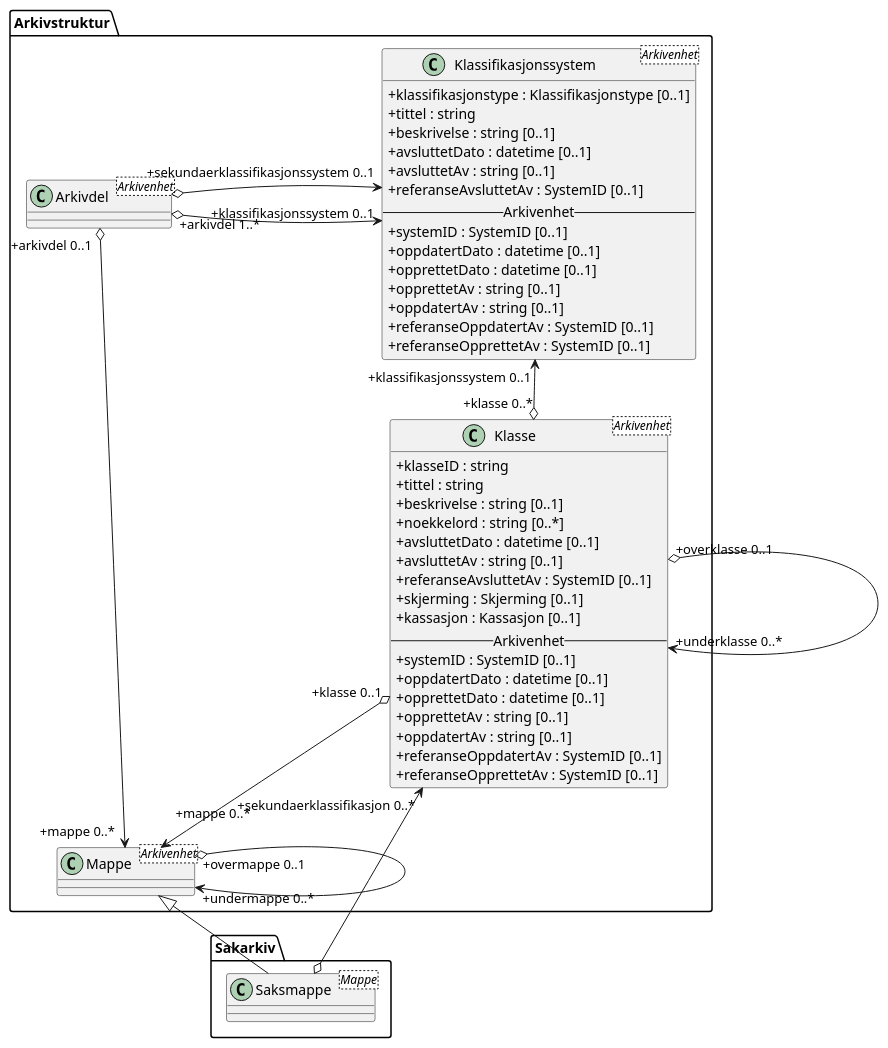
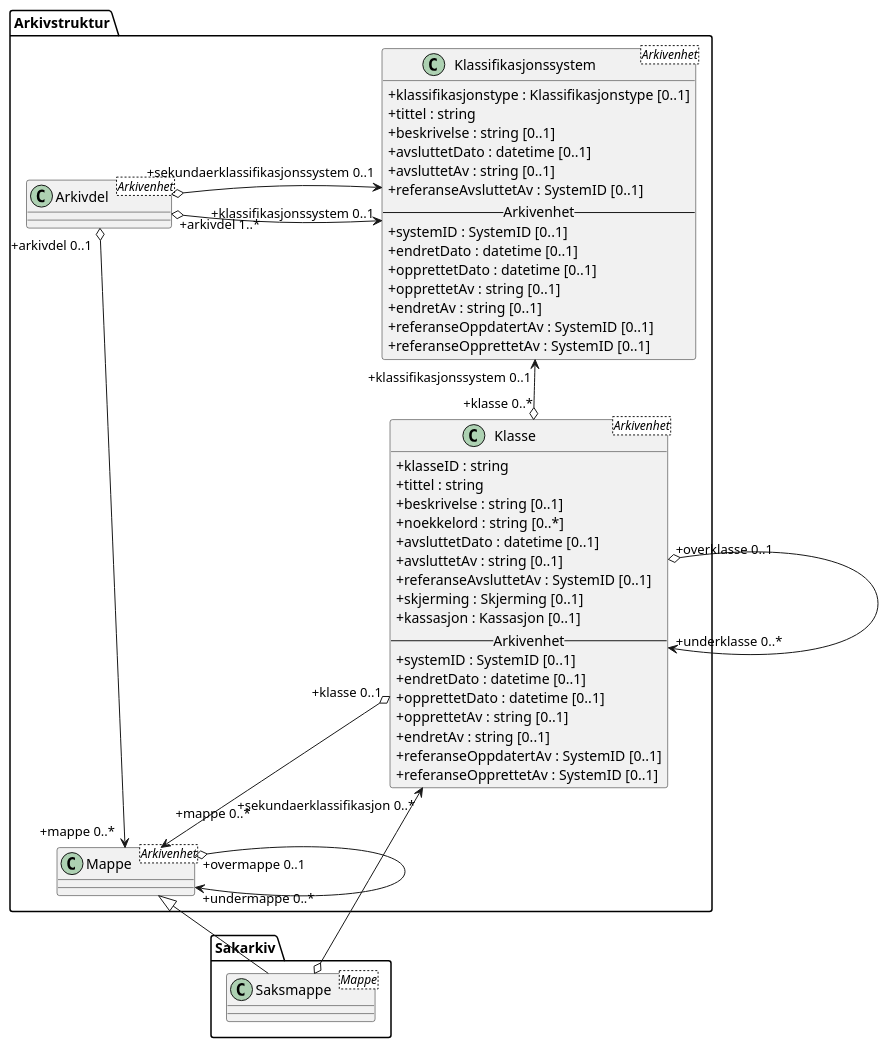
Before and after one commit to arkivverket/noark5-tjenestegrensesnitt-standard: the diagram in kapitler/media/uml-arkivstruktur-klassifikasjon.puml, drawn with PlantUML. The commit also changed 11 other files, not shown here.

First line of the commit message:
Fullfør navnebytte fra oppdatert* med endret*

```diff
--- a/kapitler/media/uml-arkivstruktur-klassifikasjon.puml
+++ b/kapitler/media/uml-arkivstruktur-klassifikasjon.puml
@@ -1,53 +1,53 @@
 @startuml
 skinparam classAttributeIconSize 0
 skinparam nodesep 210
 
 class Arkivstruktur.Arkivdel <Arkivenhet>
 class Arkivstruktur.Klassifikasjonssystem <Arkivenhet> {
   +klassifikasjonstype : Klassifikasjonstype [0..1]
   +tittel : string
   +beskrivelse : string [0..1]
   +avsluttetDato : datetime [0..1]
   +avsluttetAv : string [0..1]
   +referanseAvsluttetAv : SystemID [0..1]
   -- Arkivenhet --
   +systemID : SystemID [0..1]
-  +oppdatertDato : datetime [0..1]
+  +endretDato : datetime [0..1]
   +opprettetDato : datetime [0..1]
   +opprettetAv : string [0..1]
-  +oppdatertAv : string [0..1]
+  +endretAv : string [0..1]
   +referanseOppdatertAv : SystemID [0..1]
   +referanseOpprettetAv : SystemID [0..1]
 }
 class Arkivstruktur.Klasse <Arkivenhet> {
   +klasseID : string
   +tittel : string
   +beskrivelse : string [0..1]
   +noekkelord : string [0..*]
   +avsluttetDato : datetime [0..1]
   +avsluttetAv : string [0..1]
   +referanseAvsluttetAv : SystemID [0..1]
   +skjerming : Skjerming [0..1]
   +kassasjon : Kassasjon [0..1]
   -- Arkivenhet --
   +systemID : SystemID [0..1]
-  +oppdatertDato : datetime [0..1]
+  +endretDato : datetime [0..1]
   +opprettetDato : datetime [0..1]
   +opprettetAv : string [0..1]
-  +oppdatertAv : string [0..1]
+  +endretAv : string [0..1]
   +referanseOppdatertAv : SystemID [0..1]
   +referanseOpprettetAv : SystemID [0..1]
 }
 class Arkivstruktur.Mappe <Arkivenhet>
 class Sakarkiv.Saksmappe <Mappe>
 
 Arkivstruktur.Klassifikasjonssystem "+klassifikasjonssystem 0..1" <-o "+arkivdel 1..*" Arkivstruktur.Arkivdel
 Arkivstruktur.Klassifikasjonssystem "+sekundaerklassifikasjonssystem 0..1" <-o Arkivstruktur.Arkivdel
 Arkivstruktur.Klassifikasjonssystem "+klassifikasjonssystem 0..1" <--o "+klasse 0..*" Arkivstruktur.Klasse
 Arkivstruktur.Klasse "+overklasse 0..1" o--> "+underklasse 0..*" Arkivstruktur.Klasse
 Arkivstruktur.Klasse "+klasse 0..1" o--> "+mappe 0..*\n" Arkivstruktur.Mappe
 Arkivstruktur.Arkivdel "+arkivdel 0..1" o--> "+mappe 0..*" Arkivstruktur.Mappe
 Arkivstruktur.Mappe "+overmappe 0..1" o--> "+undermappe 0..*" Arkivstruktur.Mappe
 Arkivstruktur.Mappe <|-- Sakarkiv.Saksmappe
 Arkivstruktur.Klasse "+sekundaerklassifikasjon 0..*" <--o Sakarkiv.Saksmappe
 @enduml
```
